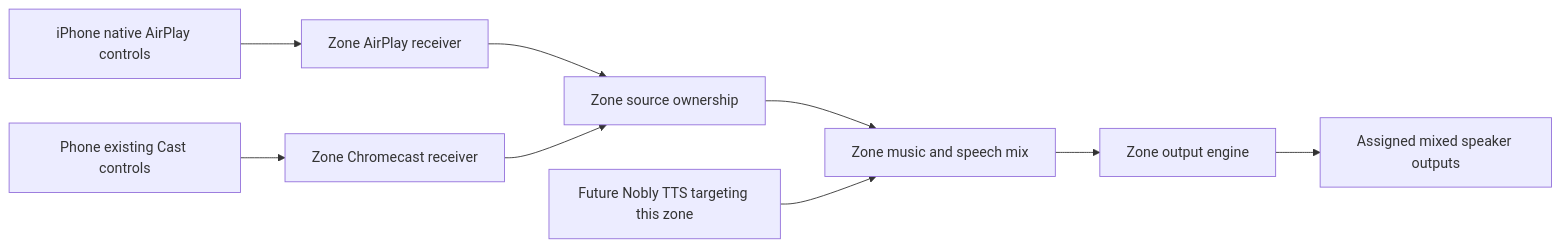
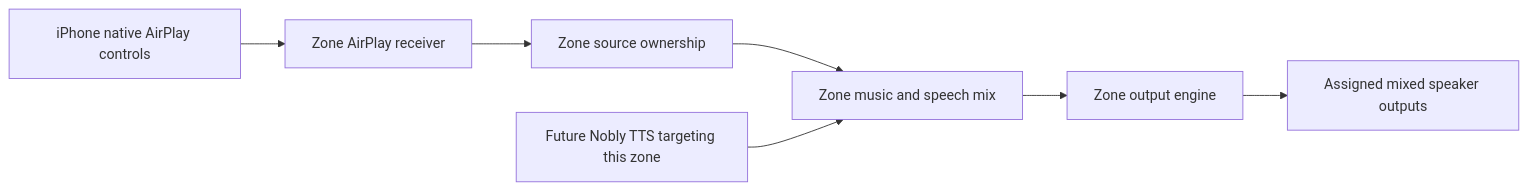
The diagram in docs/PRODUCT_REQUIREMENTS.md (michelsedgh/Shiri), drawn with Mermaid before and after one commit. The commit also changed other lines of this file and 364 other files, not shown here.

````diff
--- a/docs/PRODUCT_REQUIREMENTS.md
+++ b/docs/PRODUCT_REQUIREMENTS.md
@@ -27,11 +49,9 @@
 ```mermaid
 flowchart LR
     iPhone[iPhone native AirPlay controls] --> AP[Zone AirPlay receiver]
-    Cast[Phone existing Cast controls] --> CR[Zone Chromecast receiver]
     AP --> Input[Zone source ownership]
-    CR --> Input
     Input --> Mix[Zone music and speech mix]
     Nobly[Future Nobly TTS targeting this zone] --> Mix
     Mix --> Output[Zone output engine]
     Output --> Speakers[Assigned mixed speaker outputs]
 ```
````
